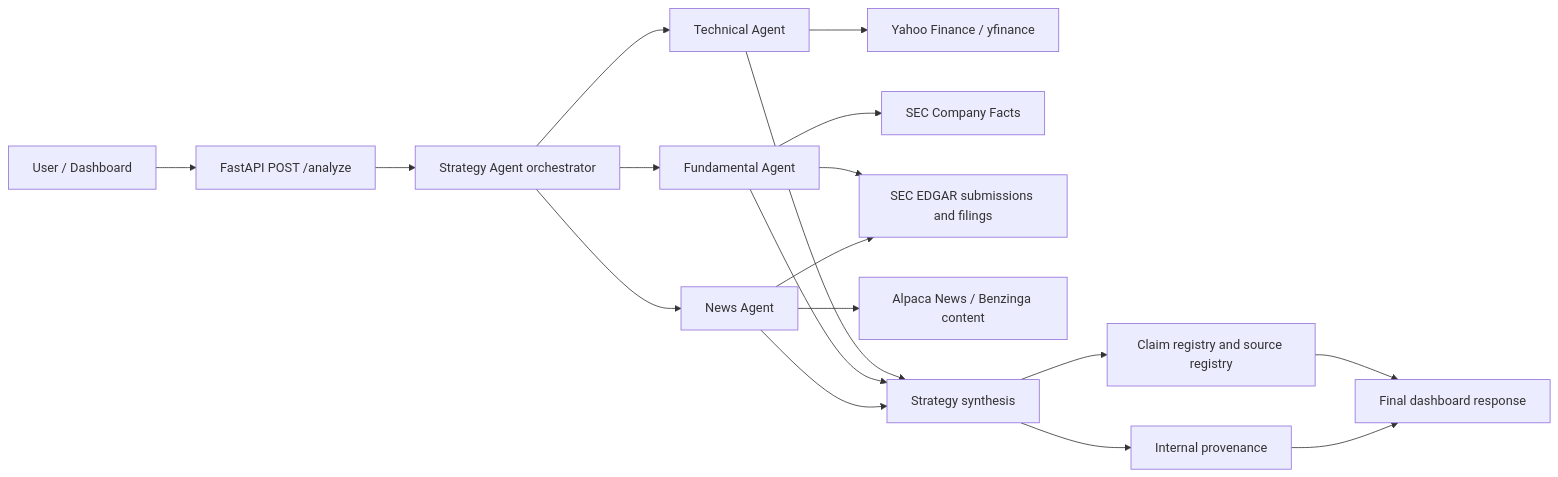
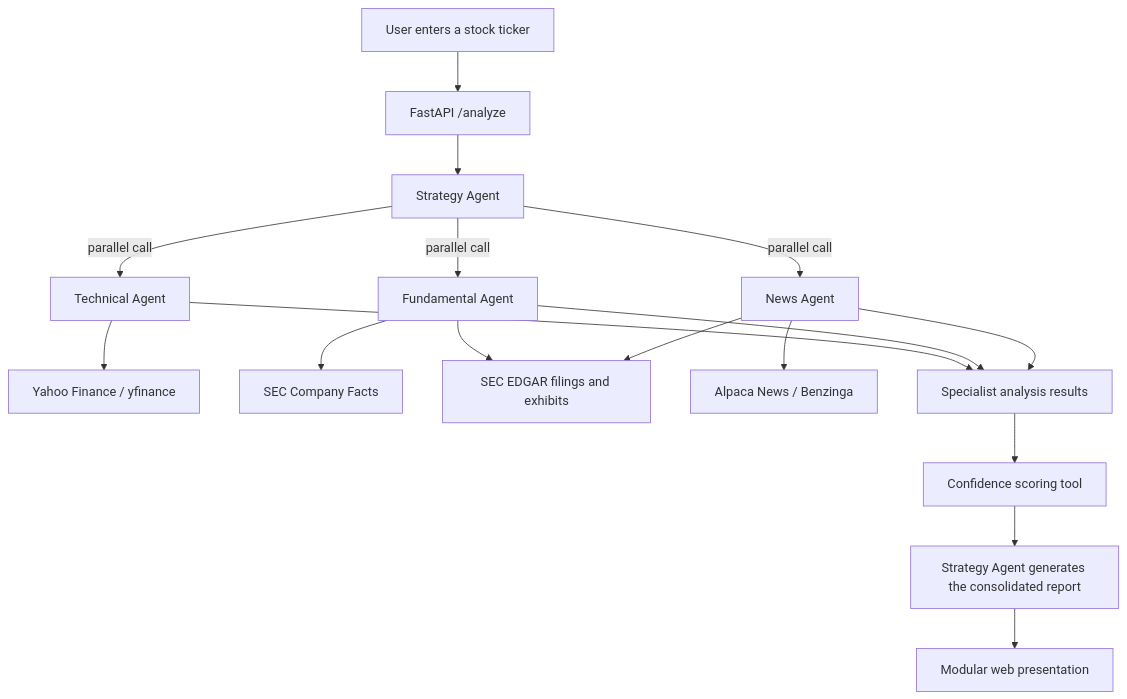
One commit to christinezhao030816/us-stock-agent changed the diagram in README.md. Above: the diagram before and after it, drawn with Mermaid. The commit also changed other lines of this file and 5 other files, not shown here.

Commit message:
docs: restore architecture and refresh README screenshots

````diff
--- a/README.md
+++ b/README.md
@@ -75,24 +75,23 @@
 ```mermaid
-flowchart LR
-    U[User / Dashboard] --> API[FastAPI POST /analyze]
-    API --> S[Strategy Agent orchestrator]
+flowchart TD
+    U["User enters a stock ticker"] --> API["FastAPI /analyze"]
+    API --> S["Strategy Agent"]
 
-    S --> T[Technical Agent]
-    S --> F[Fundamental Agent]
-    S --> N[News Agent]
+    S -->|parallel call| T["Technical Agent"]
+    S -->|parallel call| F["Fundamental Agent"]
+    S -->|parallel call| N["News Agent"]
 
-    T --> Y[Yahoo Finance / yfinance]
-    F --> CF[SEC Company Facts]
-    F --> ED[SEC EDGAR submissions and filings]
-    N --> AN[Alpaca News / Benzinga content]
+    T --> Y["Yahoo Finance / yfinance"]
+    F --> CF["SEC Company Facts"]
+    F --> ED["SEC EDGAR filings and exhibits"]
+    N --> AN["Alpaca News / Benzinga"]
     N --> ED
 
-    T --> TS[Strategy synthesis]
-    F --> TS
-    N --> TS
+    T --> M["Specialist analysis results"]
+    F --> M
+    N --> M
 
-    TS --> ER[Claim registry and source registry]
-    TS --> IP[Internal provenance]
-    ER --> R[Final dashboard response]
-    IP --> R
+    M --> C["Confidence scoring tool"]
+    C --> R["Strategy Agent generates the consolidated report"]
+    R --> UI["Modular web presentation"]
 ```
````
